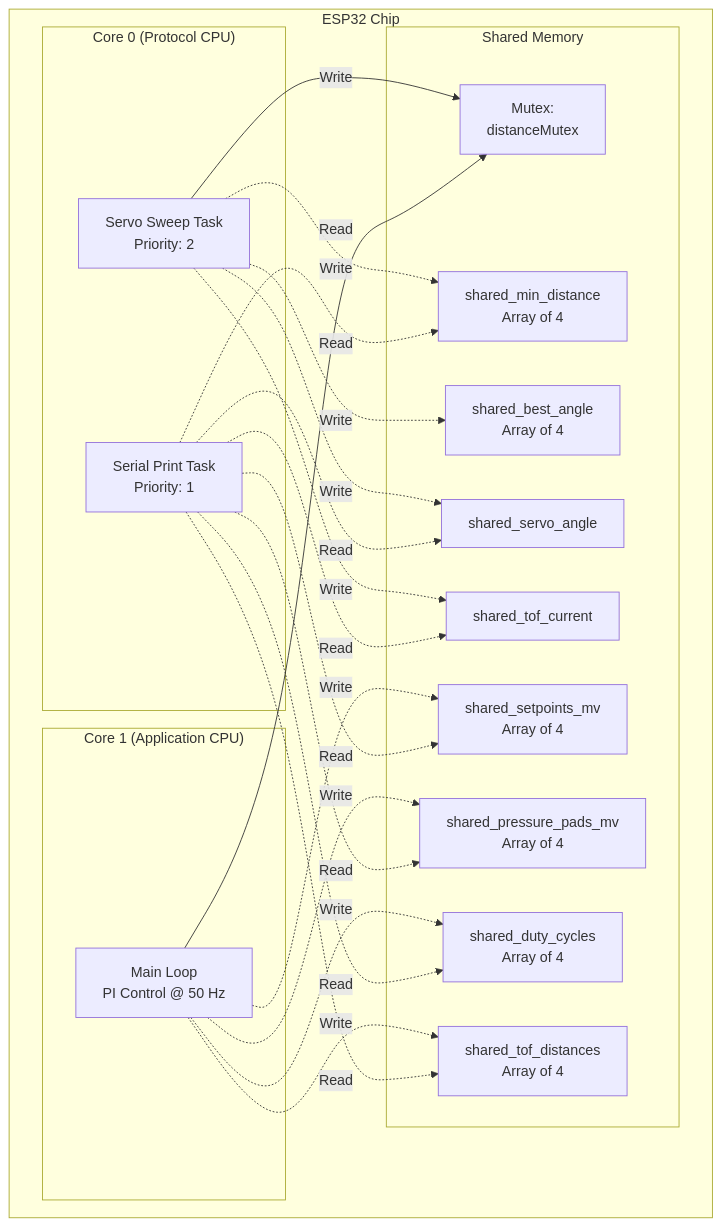
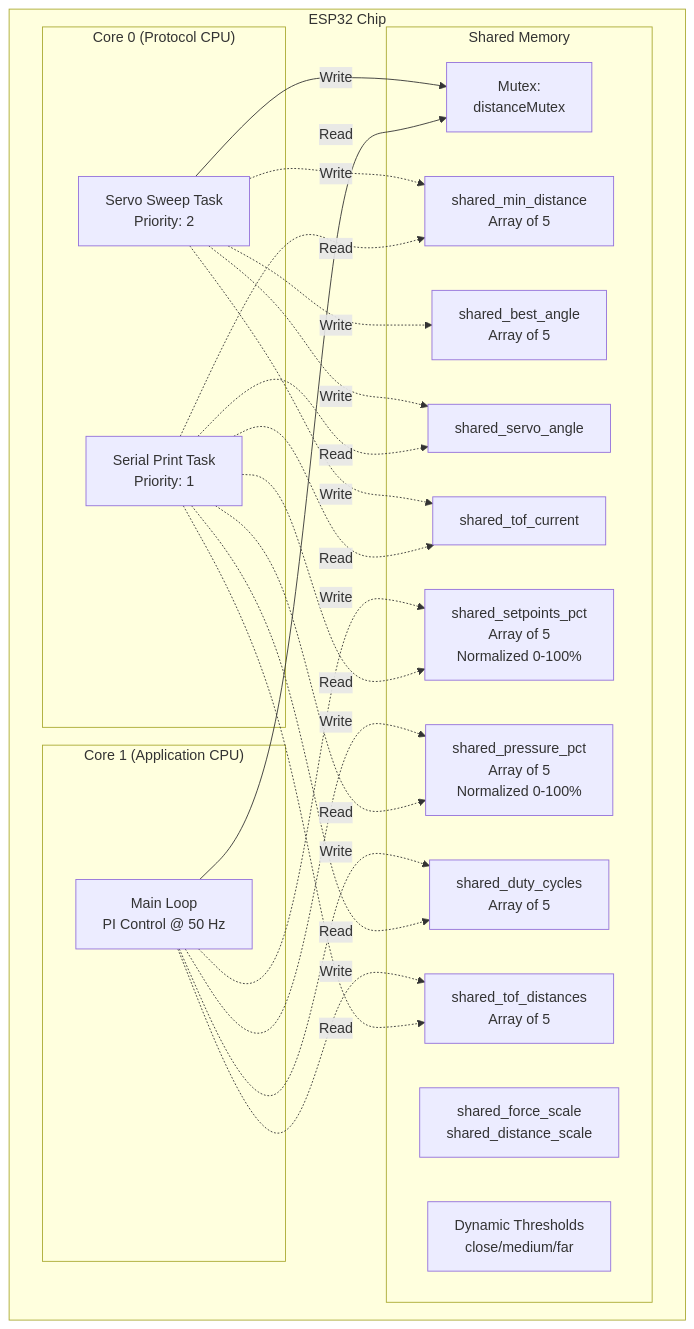
Before and after one commit to raseone19/ME-410: the first of 4 diagrams in docs/communication.md, drawn with Mermaid. The commit also changed other lines of this file and 57 other files, not shown here.

````diff
--- a/docs/communication.md
+++ b/docs/communication.md
@@ -27,43 +27,45 @@
 ```mermaid
 graph TB
     subgraph "ESP32 Chip"
         subgraph "Core 0 (Protocol CPU)"
             Task1[Servo Sweep Task<br/>Priority: 2]
             Task2[Serial Print Task<br/>Priority: 1]
         end
 
         subgraph "Core 1 (Application CPU)"
             Loop[Main Loop<br/>PI Control @ 50 Hz]
         end
 
         subgraph "Shared Memory"
             Mutex[Mutex:<br/>distanceMutex]
-            Var1[shared_min_distance<br/>Array of 4]
-            Var2[shared_best_angle<br/>Array of 4]
-            Var3[shared_setpoints_mv<br/>Array of 4]
-            Var4[shared_pressure_pads_mv<br/>Array of 4]
-            Var5[shared_duty_cycles<br/>Array of 4]
-            Var6[shared_tof_distances<br/>Array of 4]
+            Var1[shared_min_distance<br/>Array of 5]
+            Var2[shared_best_angle<br/>Array of 5]
+            Var3[shared_setpoints_pct<br/>Array of 5<br/>Normalized 0-100%]
+            Var4[shared_pressure_pct<br/>Array of 5<br/>Normalized 0-100%]
+            Var5[shared_duty_cycles<br/>Array of 5]
+            Var6[shared_tof_distances<br/>Array of 5]
             Var7[shared_servo_angle]
             Var8[shared_tof_current]
+            Var9[shared_force_scale<br/>shared_distance_scale]
+            Var10[Dynamic Thresholds<br/>close/medium/far]
         end
 
         Task1 -->|Write| Mutex
         Loop -->|Read| Mutex
         Task1 -.->|Write| Var1
         Task1 -.->|Write| Var2
         Task1 -.->|Write| Var7
         Task1 -.->|Write| Var8
         Loop -.->|Write| Var3
         Loop -.->|Write| Var4
         Loop -.->|Write| Var5
         Loop -.->|Write| Var6
         Task2 -.->|Read| Var1
         Task2 -.->|Read| Var3
         Task2 -.->|Read| Var4
         Task2 -.->|Read| Var5
         Task2 -.->|Read| Var6
         Task2 -.->|Read| Var7
         Task2 -.->|Read| Var8
     end
 ```
````
